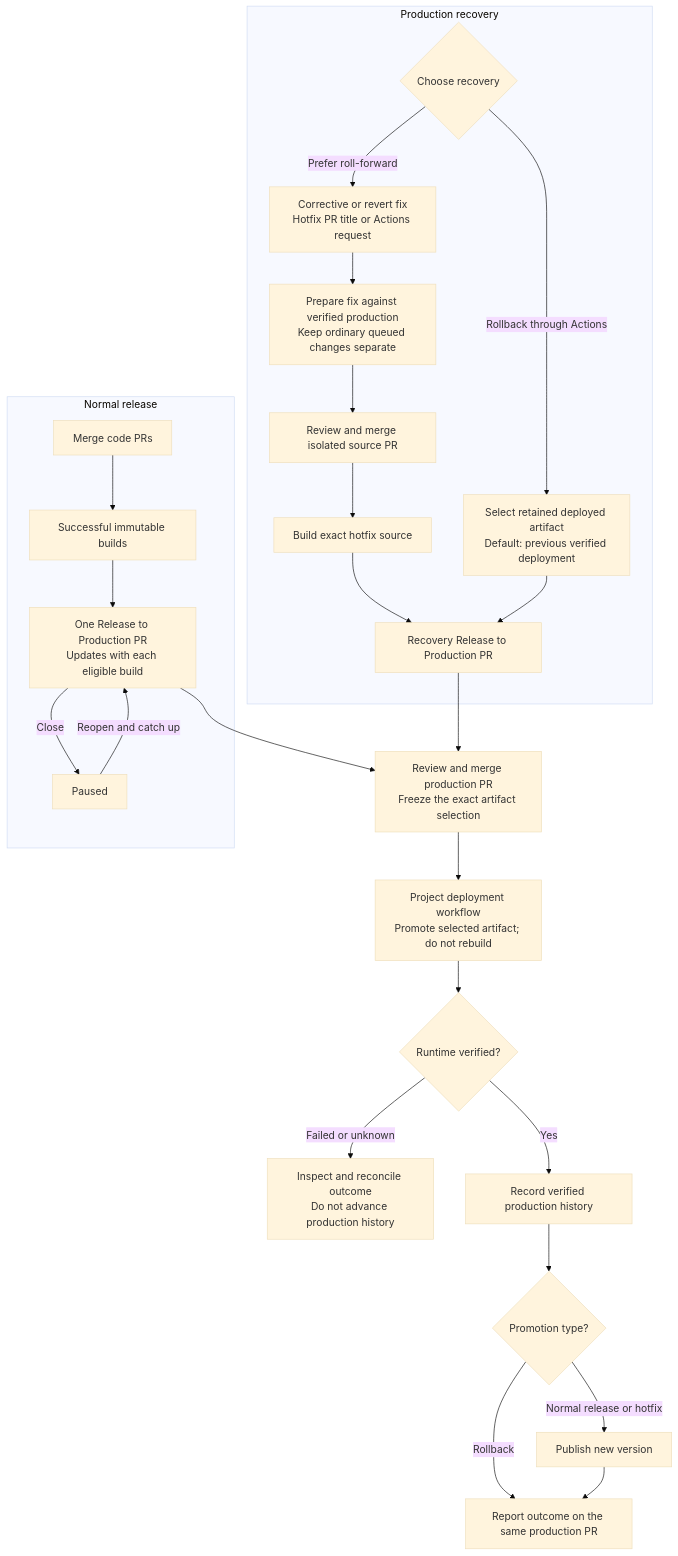
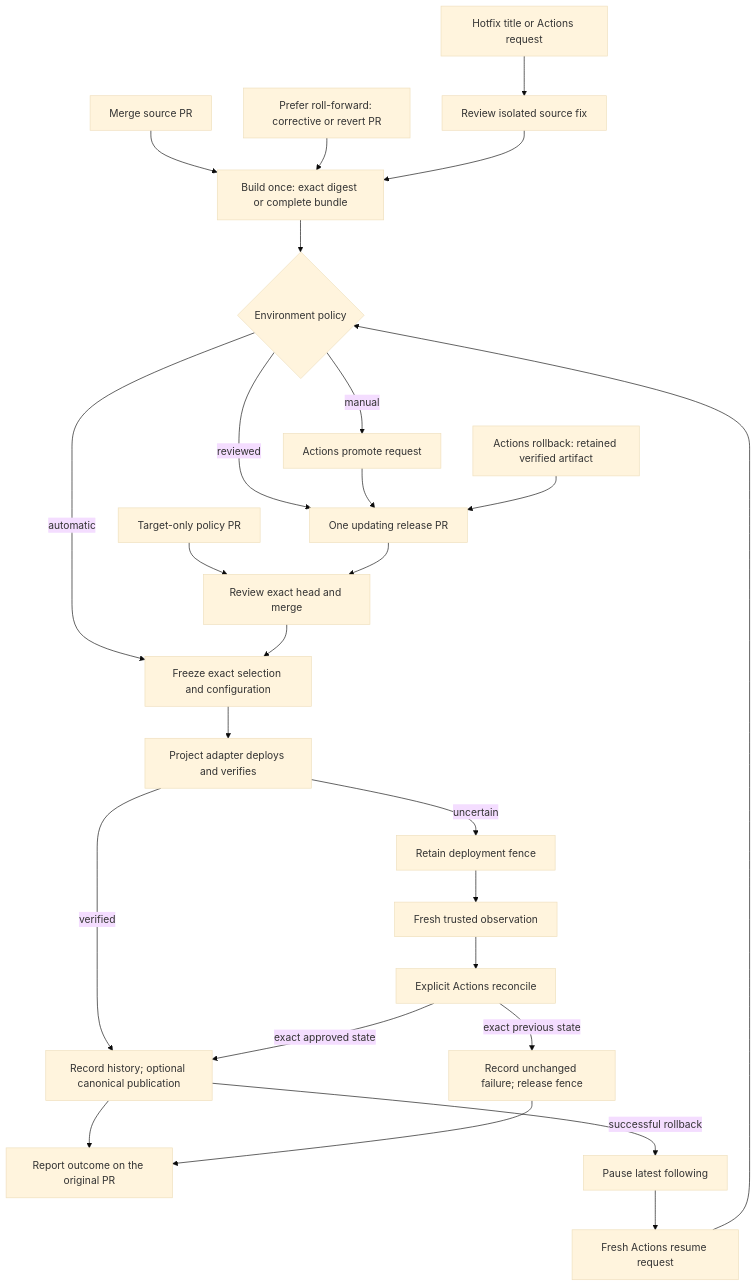
The diagram in README.md (jamesonstone/mint), drawn with Mermaid (base theme) before and after one commit. The commit also changed other lines of this file and 71 other files, not shown here.

First line of the commit message:
feat(GH-17): :sparkles: support generic environment release lifecycles

````diff
--- a/README.md
+++ b/README.md
@@ -608,31 +606,28 @@
 ```mermaid
 flowchart TD
-    subgraph normal[Normal release]
-        Code["Merge code PRs"] --> Build["Successful immutable builds"]
-        Build --> Queue["One Release to Production PR<br/>Updates with each eligible build"]
-        Queue -->|Close| Paused["Paused"]
-        Paused -->|Reopen and catch up| Queue
-    end
-
-    subgraph recovery[Production recovery]
-        Recover{"Choose recovery"}
-        Recover -->|"Prefer roll-forward"| Fix["Corrective or revert fix<br/>Hotfix PR title or Actions request"]
-        Fix --> Isolate["Prepare fix against verified production<br/>Keep ordinary queued changes separate"]
-        Isolate --> Source["Review and merge isolated source PR"]
-        Source --> FixBuild["Build exact hotfix source"]
-        FixBuild --> RecoveryPR["Recovery Release to Production PR"]
-        Recover -->|Rollback through Actions| Target["Select retained deployed artifact<br/>Default: previous verified deployment"]
-        Target --> RecoveryPR
-    end
-
-    Queue --> Approval["Review and merge production PR<br/>Freeze the exact artifact selection"]
-    RecoveryPR --> Approval
-    Approval --> Deploy["Project deployment workflow<br/>Promote selected artifact; do not rebuild"]
-    Deploy --> Verified{"Runtime verified?"}
-    Verified -->|"Failed or unknown"| Stop["Inspect and reconcile outcome<br/>Do not advance production history"]
-    Verified -->|Yes| History["Record verified production history"]
-    History --> Kind{"Promotion type?"}
-    Kind -->|"Normal release or hotfix"| Publish["Publish new version"]
-    Kind -->|Rollback| Report["Report outcome on the same production PR"]
-    Publish --> Report
+    Source["Merge source PR"] --> Build["Build once: exact digest or complete bundle"]
+    Build --> Policy{"Environment policy"}
+    Policy -->|manual| Request["Actions promote request"]
+    Policy -->|reviewed| Review["One updating release PR"]
+    Policy -->|automatic| Freeze["Freeze exact selection and configuration"]
+    Request --> Review
+    YAML["Target-only policy PR"] --> Approval["Review exact head and merge"]
+    Review --> Approval
+    Approval --> Freeze
+    Freeze --> Adapter["Project adapter deploys and verifies"]
+    Adapter -->|verified| History["Record history; optional canonical publication"]
+    History --> Report["Report outcome on the original PR"]
+    Adapter -->|uncertain| Lock["Retain deployment fence"]
+    Lock --> Observe["Fresh trusted observation"]
+    Observe --> Reconcile["Explicit Actions reconcile"]
+    Reconcile -->|exact approved state| History
+    Reconcile -->|exact previous state| Unchanged["Record unchanged failure; release fence"]
+    Unchanged --> Report
+    Fix["Prefer roll-forward: corrective or revert PR"] --> Build
+    Hotfix["Hotfix title or Actions request"] --> Isolated["Review isolated source fix"]
+    Isolated --> Build
+    Rollback["Actions rollback: retained verified artifact"] --> Review
+    History -->|successful rollback| Pause["Pause latest following"]
+    Pause --> Resume["Fresh Actions resume request"]
+    Resume --> Policy
 ```
````
